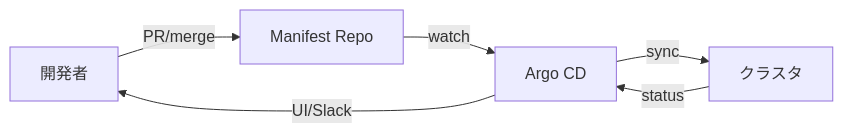
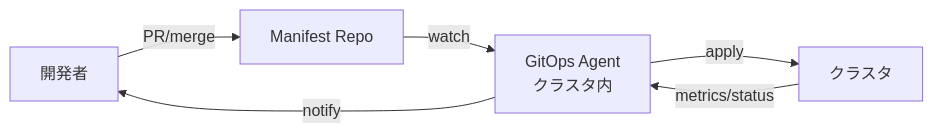
One commit to swallowsaba/introduction-k8s changed the first of 20 diagrams in docs/08-cicd-gitops/argocd.md. Above: the diagram before and after it, drawn with Mermaid. The commit also changed other lines of this file and 3 other files, not shown here.

````diff
--- a/docs/08-cicd-gitops/argocd.md
+++ b/docs/08-cicd-gitops/argocd.md
@@ -29,8 +51,8 @@
 ```mermaid
 flowchart LR
     dev[開発者] -->|PR/merge| repo[Manifest Repo]
-    repo -->|watch| argo[Argo CD]
-    argo -->|sync| k8s[クラスタ]
-    k8s -->|status| argo
-    argo -->|UI/Slack| dev
+    repo -->|watch| agent[GitOps Agent<br/>クラスタ内]
+    agent -->|apply| k8s[クラスタ]
+    k8s -->|metrics/status| agent
+    agent -->|notify| dev
 ```
````
